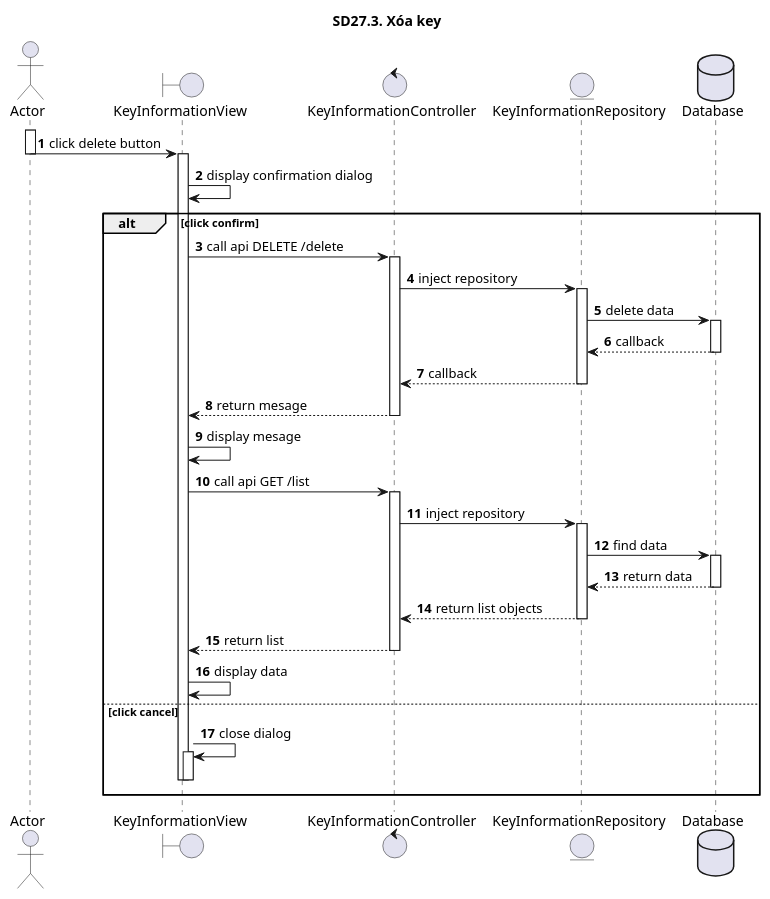
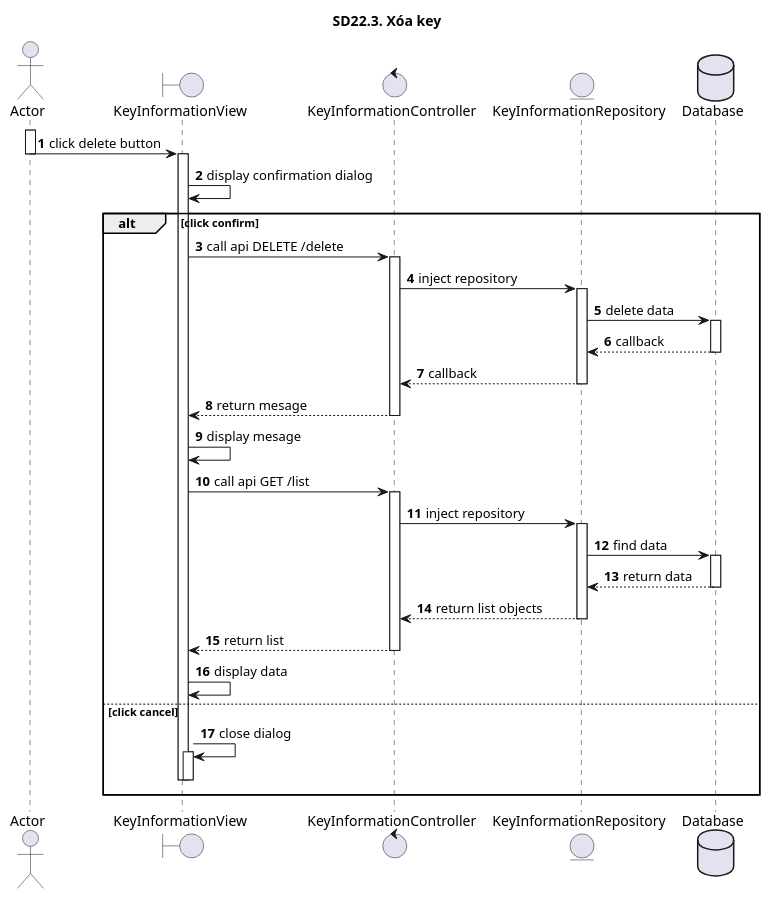
The diagram in 22_QuanLyKey/sd22.3.puml (ITZ-Developers/Finance-UML), drawn with PlantUML before and after one commit. The commit also changed 4 other files, not shown here.

```diff
--- a/22_QuanLyKey/sd22.3.puml
+++ b/22_QuanLyKey/sd22.3.puml
@@ -1,47 +1,47 @@
 @startuml SQ
 autonumber
-title SD27.3. Xóa key
+title SD22.3. Xóa key
 actor "Actor" as actor
 boundary "KeyInformationView" as view
 control "KeyInformationController" as controller
 entity "KeyInformationRepository" as model
 database "Database" as database
 activate actor
 actor -> view : click delete button
 deactivate actor
 activate view
 view -> view: display confirmation dialog
 alt click confirm
 view -> controller : call api DELETE /delete
 activate controller
 controller -> model : inject repository
 activate model
 model -> database : delete data
 activate database
 database --> model : callback
 deactivate database
 model --> controller : callback
 deactivate model
 controller --> view : return mesage
 deactivate controller
 view -> view: display mesage
 view -> controller: call api GET /list
 activate controller
 controller -> model: inject repository
 activate model
 model -> database: find data
 activate database
 database --> model: return data
 deactivate database
 model --> controller: return list objects
 deactivate model
 controller --> view: return list
 deactivate controller
 view -> view: display data
 else click cancel
 view -> view: close dialog
 activate view
 deactivate view
 deactivate view
 end
 @enduml
```
